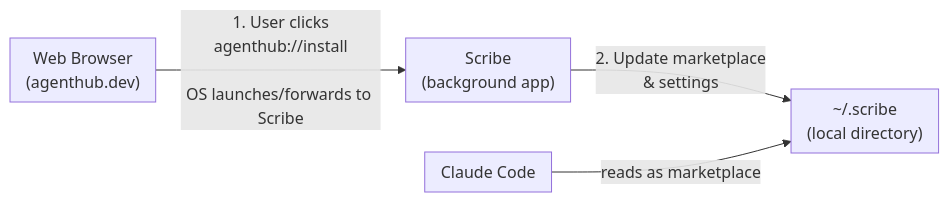
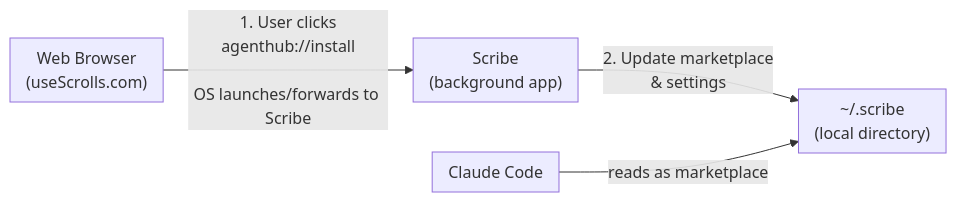
Before and after one commit to usescrolls/scribe: the first of 2 diagrams in README.md, drawn with Mermaid. The commit also changed other lines of this file and 7 other files, not shown here.

First line of the commit message:
♻️ refactor: rebrand to Scribe with useScrolls.com domain

````diff
--- a/README.md
+++ b/README.md
@@ -11,15 +11,15 @@
 ```mermaid
 flowchart LR
-    subgraph Browser["Web Browser<br/>(agenthub.dev)"]
+    subgraph Browser["Web Browser<br/>(useScrolls.com)"]
     end
     subgraph Scribe["Scribe<br/>(background app)"]
     end
     subgraph Claude["Claude Code"]
     end
     subgraph Storage["~/.scribe<br/>(local directory)"]
     end
 
     Browser -->|"1. User clicks<br/>agenthub://install<br/><br/>OS launches/forwards to Scribe"| Scribe
     Scribe -->|"2. Update marketplace<br/>& settings"| Storage
     Claude -->|"reads as marketplace"| Storage
 ```
````
